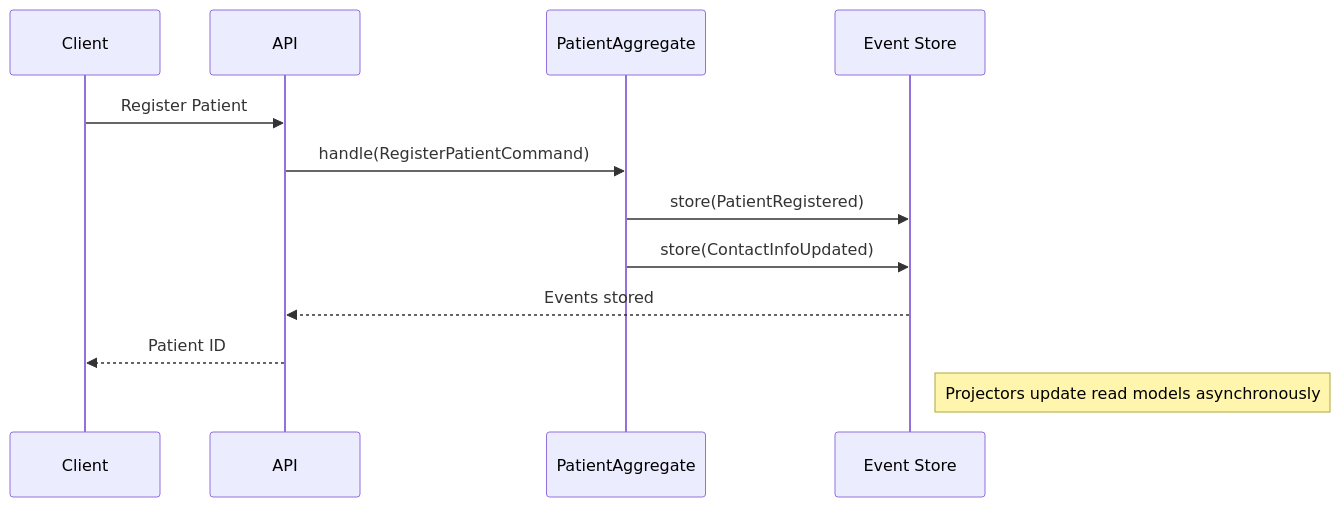
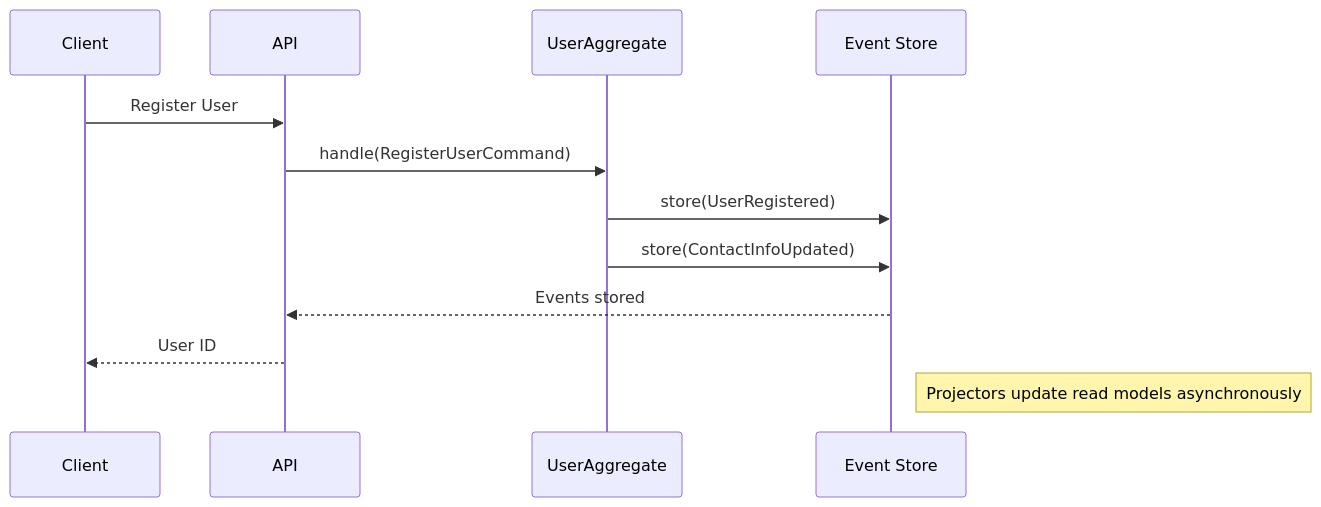
Before and after one commit to aurmich/module_activity_fila3: the diagram in docs/advanced-event-sourcing-patterns.md, drawn with Mermaid. The commit also changed other lines of this file and 3 other files, not shown here.

````diff
--- a/docs/advanced-event-sourcing-patterns.md
+++ b/docs/advanced-event-sourcing-patterns.md
@@ -33,16 +33,16 @@
 ```mermaid
 sequenceDiagram
     participant C as Client
     participant A as API
-    participant AR as PatientAggregate
+    participant AR as UserAggregate
     participant ES as Event Store
     
-    C->>A: Register Patient
-    A->>AR: handle(RegisterPatientCommand)
-    AR->>ES: store(PatientRegistered)
+    C->>A: Register User
+    A->>AR: handle(RegisterUserCommand)
+    AR->>ES: store(UserRegistered)
     AR->>ES: store(ContactInfoUpdated)
     ES-->>A: Events stored
-    A-->>C: Patient ID
+    A-->>C: User ID
     
     Note right of ES: Projectors update read models asynchronously
 ```
````
